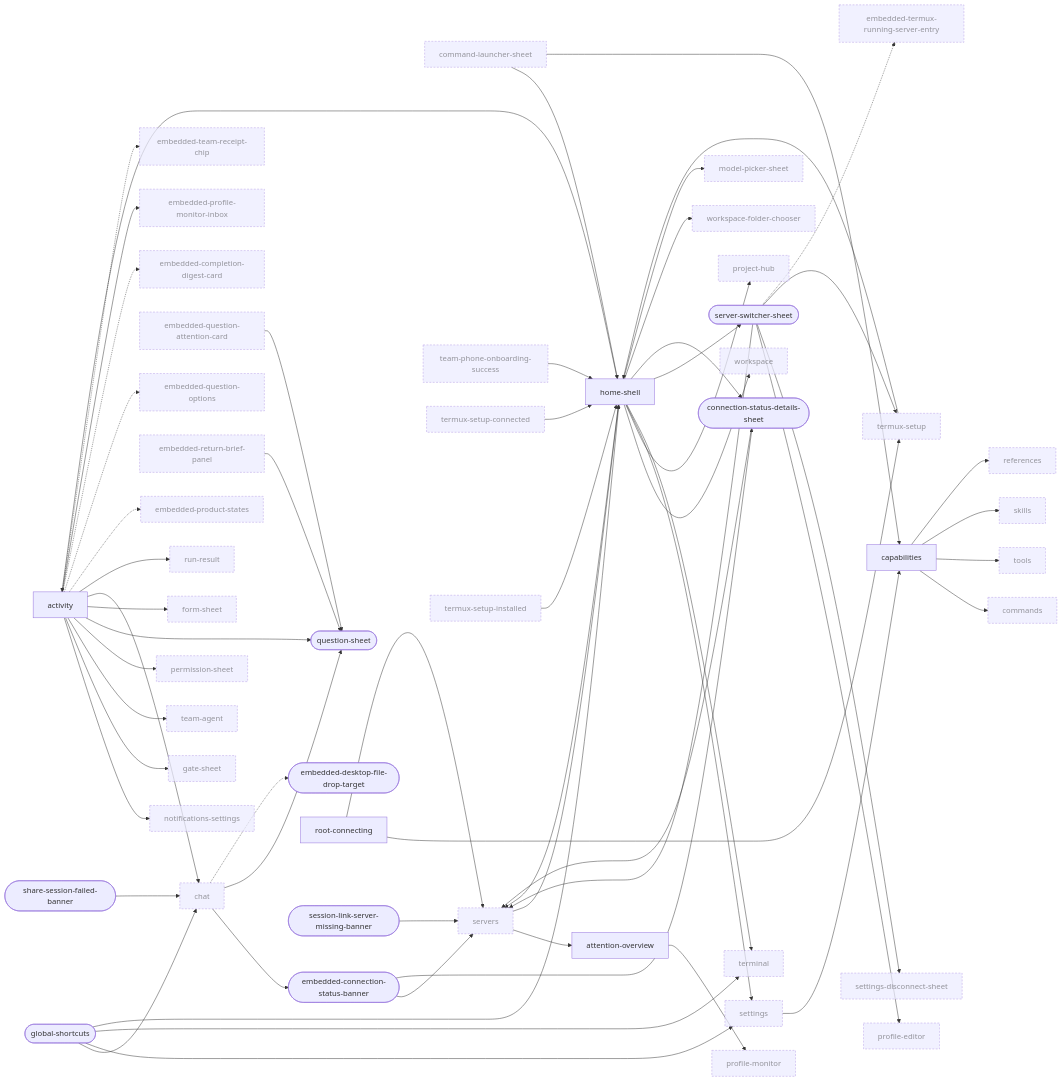
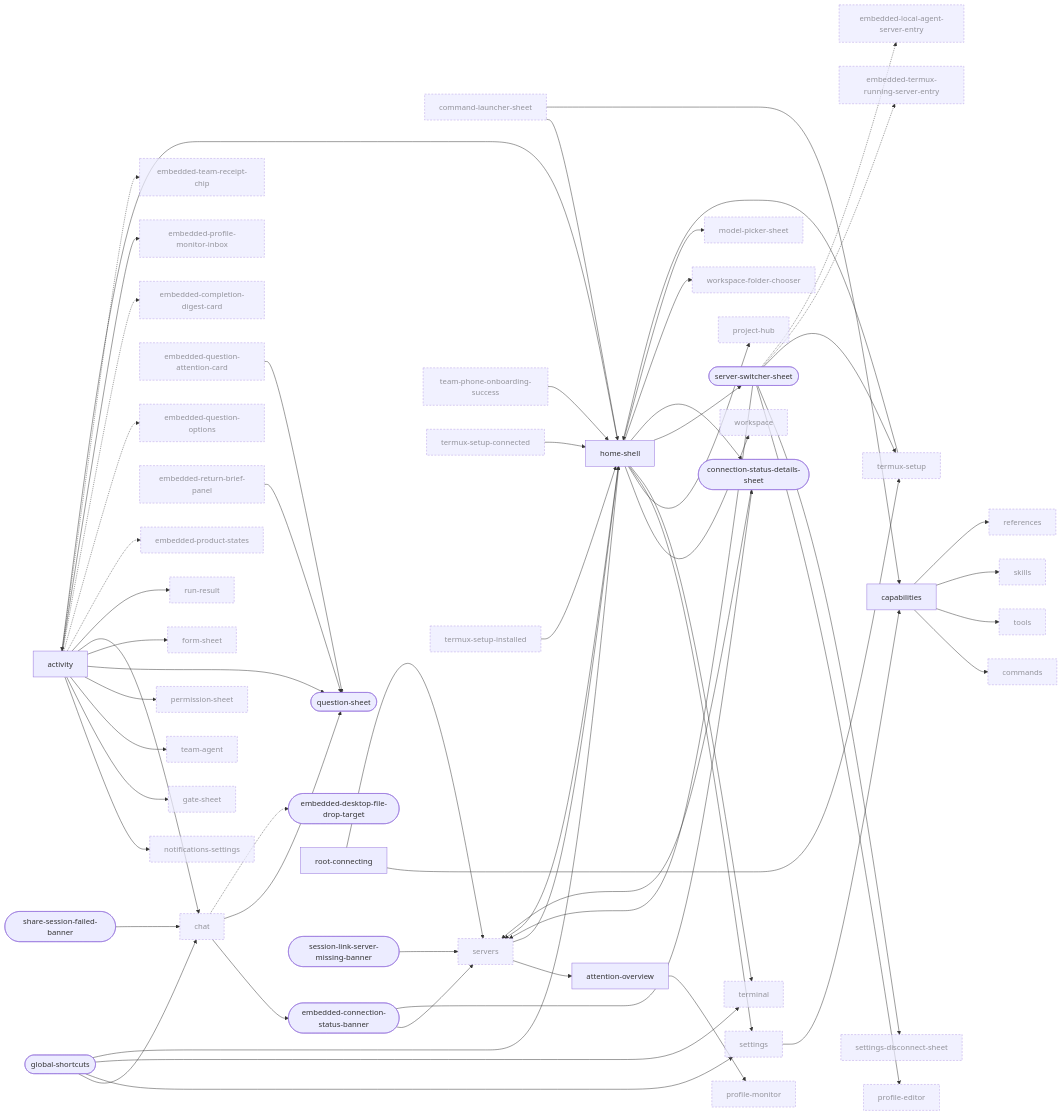
Before and after one commit to Breskott/opencode-mobile-next: the first of 10 diagrams in docs/design/ui-ledger/navigation.md, drawn with Mermaid. The commit also changed other lines of this file and 6 other files, not shown here.

```diff
--- a/docs/design/ui-ledger/navigation.md
+++ b/docs/design/ui-ledger/navigation.md
@@ -30,6 +30,7 @@
   embedded_completion_digest_card["embedded-completion-digest-card"]:::ext
   embedded_connection_status_banner(["embedded-connection-status-banner"])
   embedded_desktop_file_drop_target(["embedded-desktop-file-drop-target"])
+  embedded_local_agent_server_entry["embedded-local-agent-server-entry"]:::ext
   embedded_product_states["embedded-product-states"]:::ext
   embedded_profile_monitor_inbox["embedded-profile-monitor-inbox"]:::ext
   embedded_question_attention_card["embedded-question-attention-card"]:::ext
@@ -123,6 +124,7 @@
   activity -.-> embedded_completion_digest_card
   activity --> embedded_profile_monitor_inbox
   server_switcher_sheet -.-> embedded_termux_running_server_entry
+  server_switcher_sheet -.-> embedded_local_agent_server_entry
   activity -.-> embedded_team_receipt_chip
   home_shell --> model_picker_sheet
   classDef ext stroke-dasharray: 4 3,opacity:0.7
```
